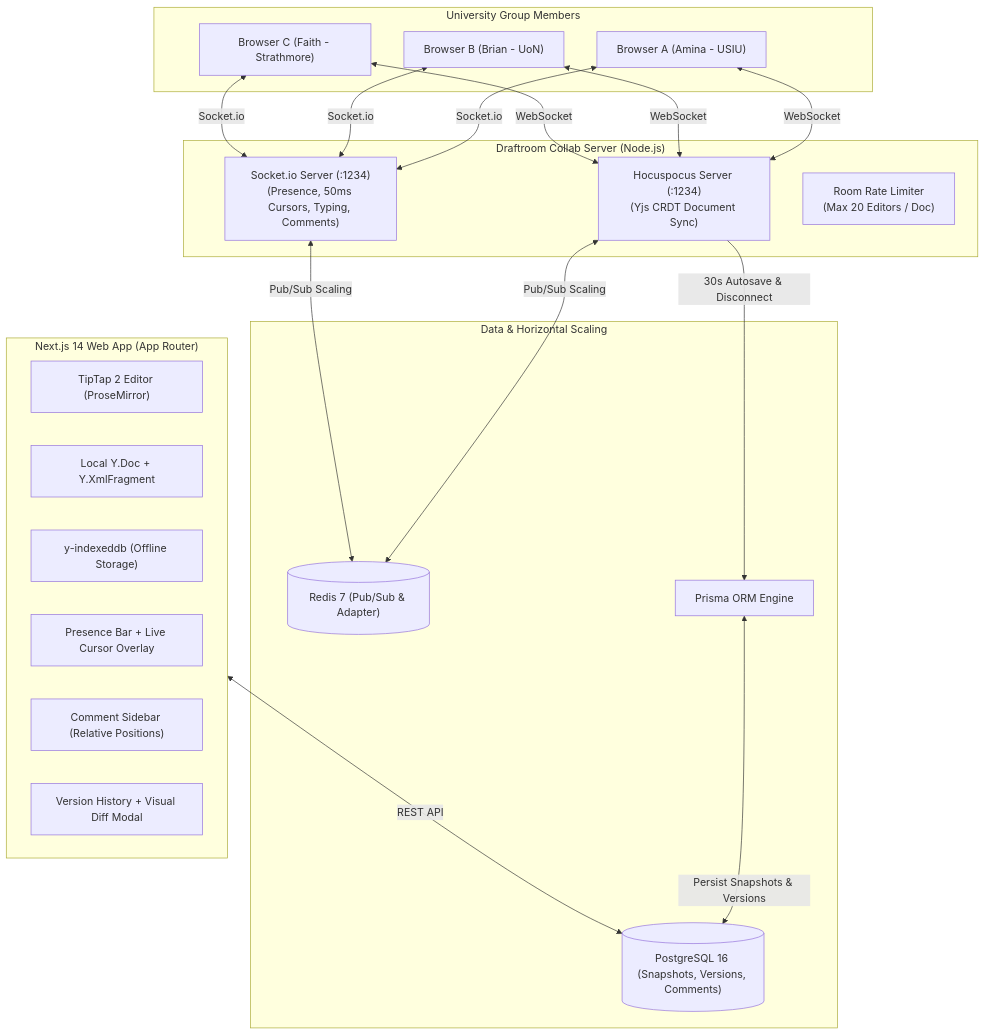
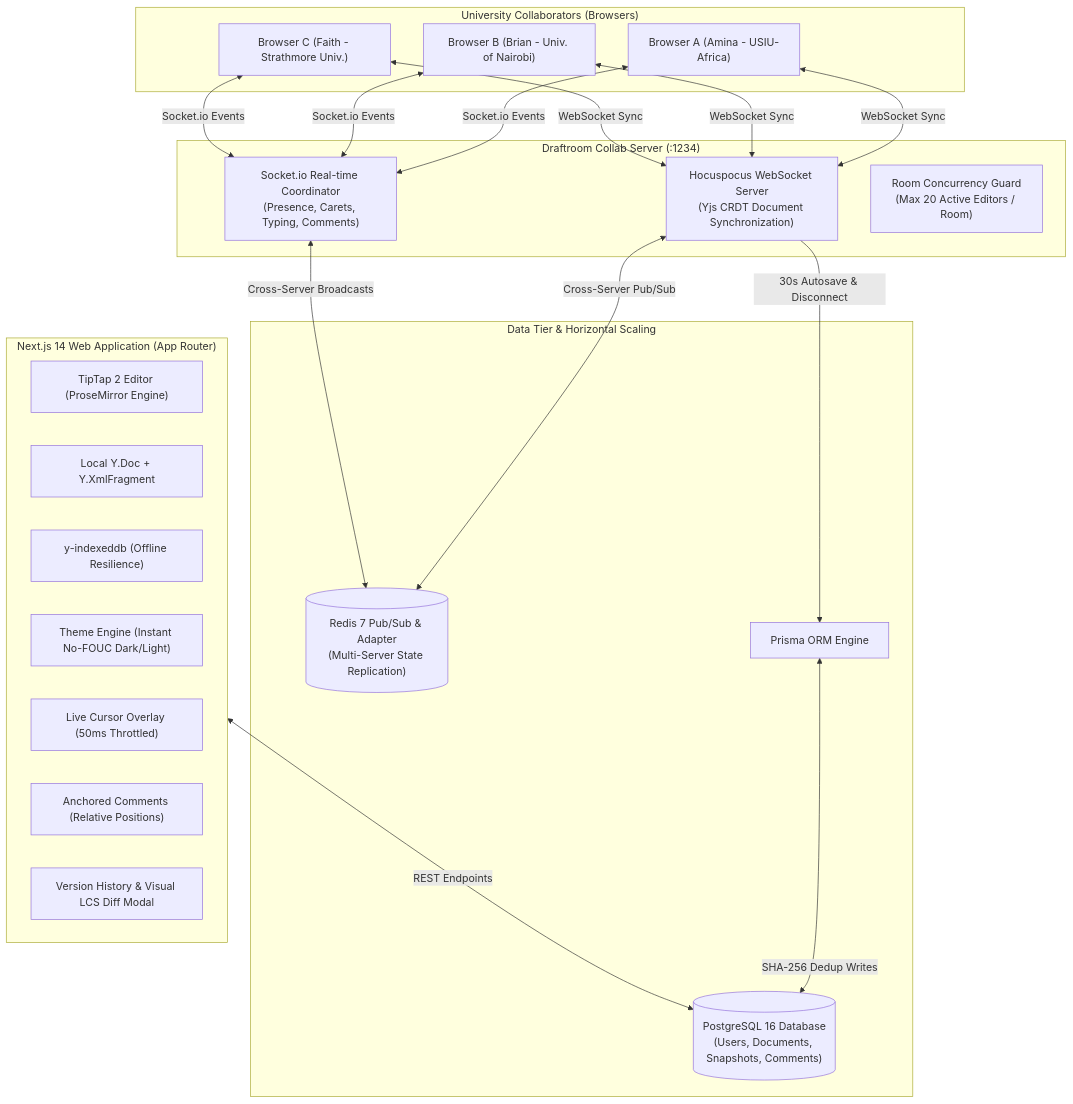
The diagram in README.md (crnjihia/draftroom-live), drawn with Mermaid before and after one commit. The commit also changed other lines of this file, not shown here.

Commit message:
docs: revamp README with hero screenshot, architectural deep-dive, badges, and quickstart guide

````diff
--- a/README.md
+++ b/README.md
@@ -11,43 +45,44 @@
 ```mermaid
 flowchart TD
-    subgraph Clients["University Group Members"]
-        ClientA["Browser A (Amina - USIU)"]
-        ClientB["Browser B (Brian - UoN)"]
-        ClientC["Browser C (Faith - Strathmore)"]
+    subgraph Clients["University Collaborators (Browsers)"]
+        ClientA["Browser A (Amina - USIU-Africa)"]
+        ClientB["Browser B (Brian - Univ. of Nairobi)"]
+        ClientC["Browser C (Faith - Strathmore Univ.)"]
     end
 
-    subgraph WebApp["Next.js 14 Web App (App Router)"]
-        Editor["TipTap 2 Editor (ProseMirror)"]
-        YjsDoc["Local Y.Doc + Y.XmlFragment"]
-        IndexedDB["y-indexeddb (Offline Storage)"]
-        PresenceUI["Presence Bar + Live Cursor Overlay"]
-        CommentUI["Comment Sidebar (Relative Positions)"]
-        DiffUI["Version History + Visual Diff Modal"]
+    subgraph WebApp["Next.js 14 Web Application (App Router)"]
+        TipTapEditor["TipTap 2 Editor (ProseMirror Engine)"]
+        YDocState["Local Y.Doc + Y.XmlFragment"]
+        IndexedDB["y-indexeddb (Offline Resilience)"]
+        Theme["Theme Engine (Instant No-FOUC Dark/Light)"]
+        CursorOverlay["Live Cursor Overlay (50ms Throttled)"]
+        CommentSidebar["Anchored Comments (Relative Positions)"]
+        VersionDiff["Version History & Visual LCS Diff Modal"]
     end
 
-    subgraph CollabServer["Draftroom Collab Server (Node.js)"]
-        Hocuspocus["Hocuspocus Server (:1234)<br/>(Yjs CRDT Document Sync)"]
-        SocketIO["Socket.io Server (:1234)<br/>(Presence, 50ms Cursors, Typing, Comments)"]
-        RateLimiter["Room Rate Limiter<br/>(Max 20 Editors / Doc)"]
+    subgraph CollabServer["Draftroom Collab Server (:1234)"]
+        Hocuspocus["Hocuspocus WebSocket Server<br/>(Yjs CRDT Document Synchronization)"]
+        SocketIO["Socket.io Real-time Coordinator<br/>(Presence, Carets, Typing, Comments)"]
+        RoomGuard["Room Concurrency Guard<br/>(Max 20 Active Editors / Room)"]
     end
 
-    subgraph ScalingData["Data & Horizontal Scaling"]
-        Redis[("Redis 7 (Pub/Sub & Adapter)")]
-        Postgres[("PostgreSQL 16 (Snapshots, Versions, Comments)")]
-        Prisma["Prisma ORM Engine"]
+    subgraph Infrastructure["Data Tier & Horizontal Scaling"]
+        RedisCluster[("Redis 7 Pub/Sub & Adapter<br/>(Multi-Server State Replication)")]
+        PostgresDB[("PostgreSQL 16 Database<br/>(Users, Documents, Snapshots, Comments)")]
+        PrismaClient["Prisma ORM Engine"]
     end
 
-    ClientA <-->|WebSocket| Hocuspocus
-    ClientA <-->|Socket.io| SocketIO
-    ClientB <-->|WebSocket| Hocuspocus
-    ClientB <-->|Socket.io| SocketIO
-    ClientC <-->|WebSocket| Hocuspocus
-    ClientC <-->|Socket.io| SocketIO
+    ClientA <-->|WebSocket Sync| Hocuspocus
+    ClientA <-->|Socket.io Events| SocketIO
+    ClientB <-->|WebSocket Sync| Hocuspocus
+    ClientB <-->|Socket.io Events| SocketIO
+    ClientC <-->|WebSocket Sync| Hocuspocus
+    ClientC <-->|Socket.io Events| SocketIO
 
-    Hocuspocus <-->|Pub/Sub Scaling| Redis
-    SocketIO <-->|Pub/Sub Scaling| Redis
+    Hocuspocus <-->|Cross-Server Pub/Sub| RedisCluster
+    SocketIO <-->|Cross-Server Broadcasts| RedisCluster
 
-    Hocuspocus -->|30s Autosave & Disconnect| Prisma
-    Prisma <-->|Persist Snapshots & Versions| Postgres
-    WebApp <-->|REST API| Postgres
+    Hocuspocus -->|30s Autosave & Disconnect| PrismaClient
+    PrismaClient <-->|SHA-256 Dedup Writes| PostgresDB
+    WebApp <-->|REST Endpoints| PostgresDB
 ```
````
